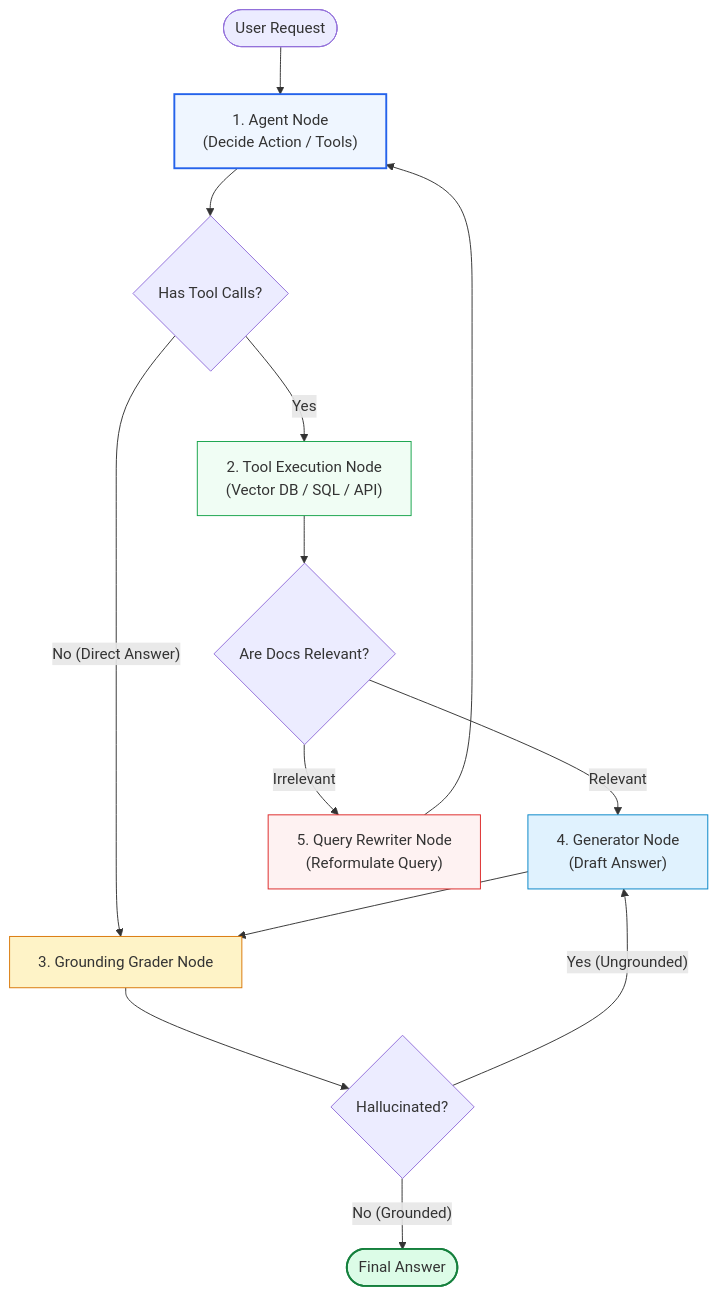
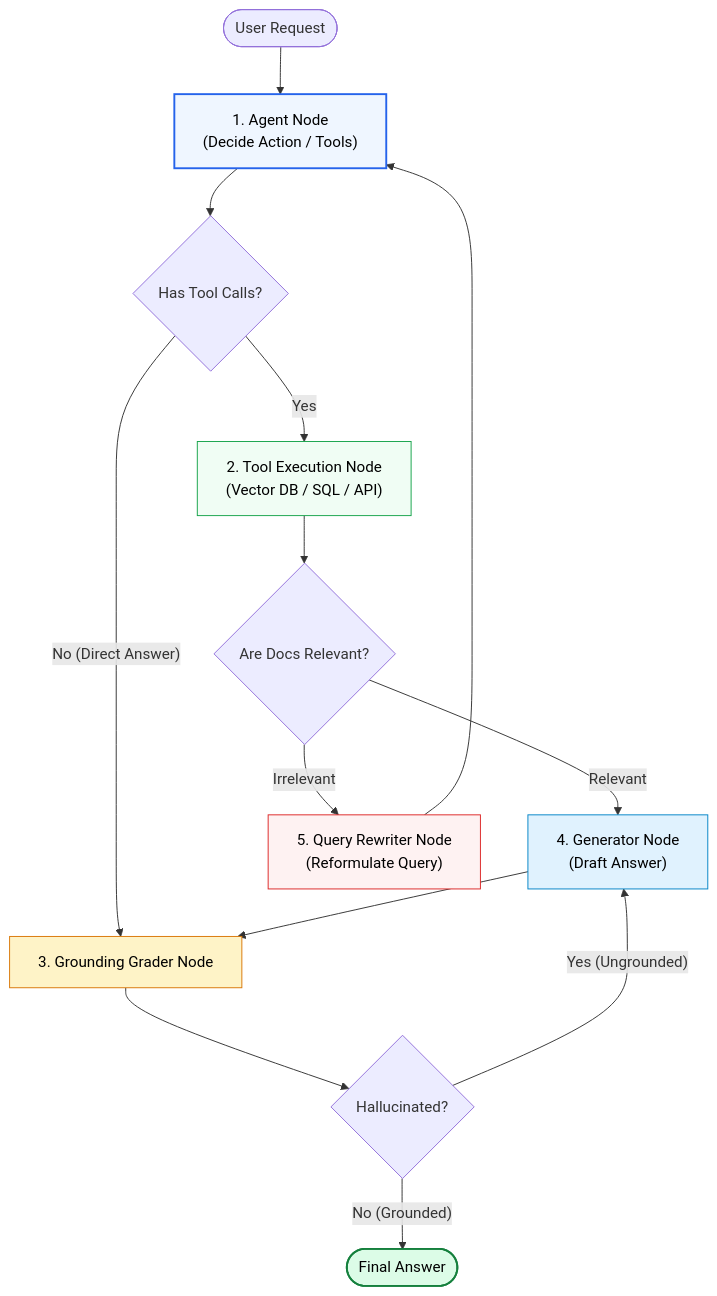
Before and after one commit to swapnil3104/RAG-Engineering: the first of 2 diagrams in 11-Frameworks-and-Tools/LangGraph/README.md, drawn with Mermaid. The commit also changed other lines of this file and 108 other files, not shown here.

Commit message:
fix: make chart text visible across all Mermaid diagrams and resolve markdown table formatting issues

````diff
--- a/11-Frameworks-and-Tools/LangGraph/README.md
+++ b/11-Frameworks-and-Tools/LangGraph/README.md
@@ -34,26 +34,26 @@
 ```mermaid
 flowchart TD
     Start([User Request]) --> AgentNode["1. Agent Node<br/>(Decide Action / Tools)"]
     
     AgentNode --> Decision{"Has Tool Calls?"}
     Decision -->|"Yes"| ToolNode["2. Tool Execution Node<br/>(Vector DB / SQL / API)"]
     Decision -->|"No (Direct Answer)"| GraderNode["3. Grounding Grader Node"]
     
     ToolNode --> RelevanceCheck{"Are Docs Relevant?"}
     RelevanceCheck -->|"Relevant"| GenNode["4. Generator Node<br/>(Draft Answer)"]
     RelevanceCheck -->|"Irrelevant"| RewriteNode["5. Query Rewriter Node<br/>(Reformulate Query)"]
     
     RewriteNode --> AgentNode
     GenNode --> GraderNode
     
     GraderNode --> HallucinationCheck{"Hallucinated?"}
     HallucinationCheck -->|"No (Grounded)"| EndNode([Final Answer])
     HallucinationCheck -->|"Yes (Ungrounded)"| GenNode
 
-    style AgentNode fill:#eff6ff,stroke:#2563eb,stroke-width:2px
-    style ToolNode fill:#f0fdf4,stroke:#16a34a
-    style RewriteNode fill:#fef2f2,stroke:#dc2626
-    style GenNode fill:#e0f2fe,stroke:#0284c7
-    style GraderNode fill:#fef3c7,stroke:#d97706
-    style EndNode fill:#dcfce7,stroke:#15803d,stroke-width:2px
+    style AgentNode fill:#eff6ff,stroke:#2563eb,stroke-width:2px,color:#000000
+    style ToolNode fill:#f0fdf4,stroke:#16a34a,color:#000000
+    style RewriteNode fill:#fef2f2,stroke:#dc2626,color:#000000
+    style GenNode fill:#e0f2fe,stroke:#0284c7,color:#000000
+    style GraderNode fill:#fef3c7,stroke:#d97706,color:#000000
+    style EndNode fill:#dcfce7,stroke:#15803d,stroke-width:2px,color:#000000
 ```
````
